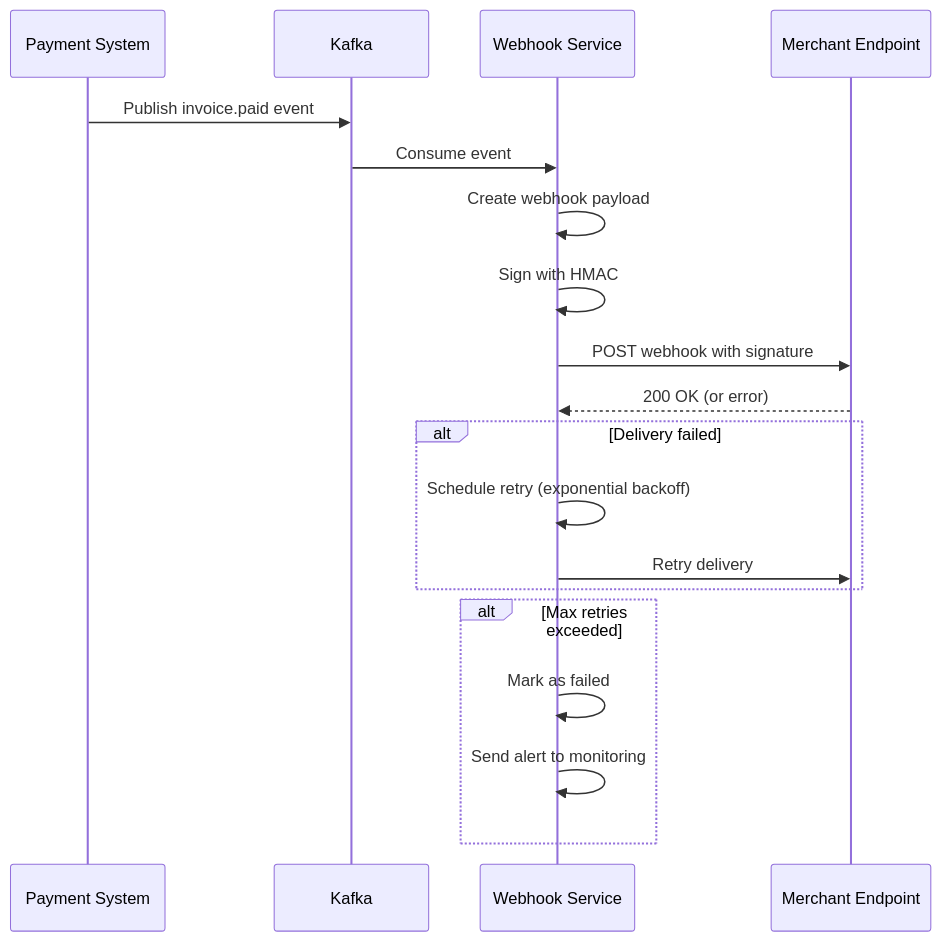
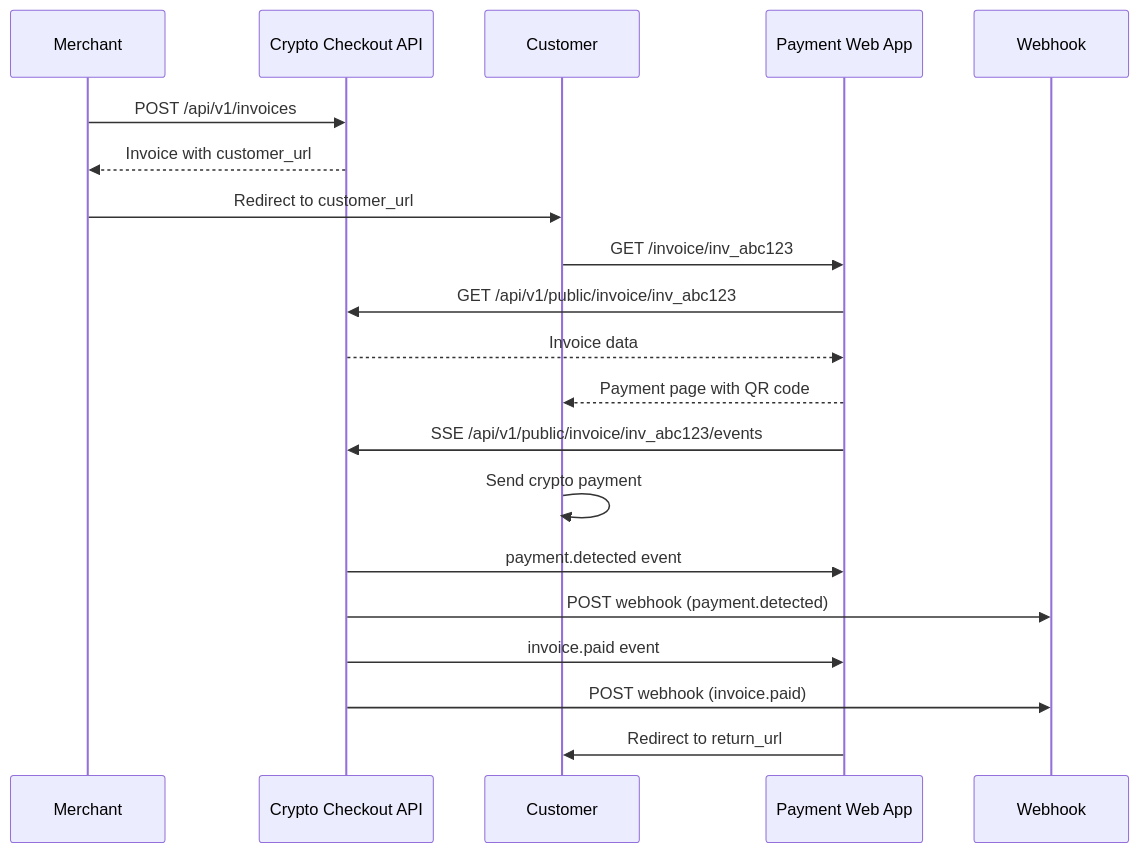
One commit to smirnoffmg/crypto-checkout changed the second of 2 diagrams in docs/API.md. Above: the diagram before and after it, drawn with Mermaid. The commit also changed other lines of this file and 62 other files, not shown here.

````diff
--- a/docs/API.md
+++ b/docs/API.md
@@ -609,24 +875,27 @@
 ```mermaid
 sequenceDiagram
-    participant P as Payment System
-    participant K as Kafka
-    participant W as Webhook Service
-    participant M as Merchant Endpoint
+    participant M as Merchant
+    participant API as Crypto Checkout API
+    participant C as Customer
+    participant W as Payment Web App
+    participant WH as Webhook
     
-    P->>K: Publish invoice.paid event
-    K->>W: Consume event
-    W->>W: Create webhook payload
-    W->>W: Sign with HMAC
-    W->>M: POST webhook with signature
-    M-->>W: 200 OK (or error)
+    M->>API: POST /api/v1/invoices
+    API-->>M: Invoice with customer_url
+    M->>C: Redirect to customer_url
     
-    alt Delivery failed
-        W->>W: Schedule retry (exponential backoff)
-        W->>M: Retry delivery
-    end
+    C->>W: GET /invoice/inv_abc123
+    W->>API: GET /api/v1/public/invoice/inv_abc123
+    API-->>W: Invoice data
+    W-->>C: Payment page with QR code
     
-    alt Max retries exceeded
-        W->>W: Mark as failed
-        W->>W: Send alert to monitoring
-    end
+    W->>API: SSE /api/v1/public/invoice/inv_abc123/events
+    C->>C: Send crypto payment
+    
+    API->>W: payment.detected event
+    API->>WH: POST webhook (payment.detected)
+    
+    API->>W: invoice.paid event
+    API->>WH: POST webhook (invoice.paid)
+    W->>C: Redirect to return_url
 ```
````
